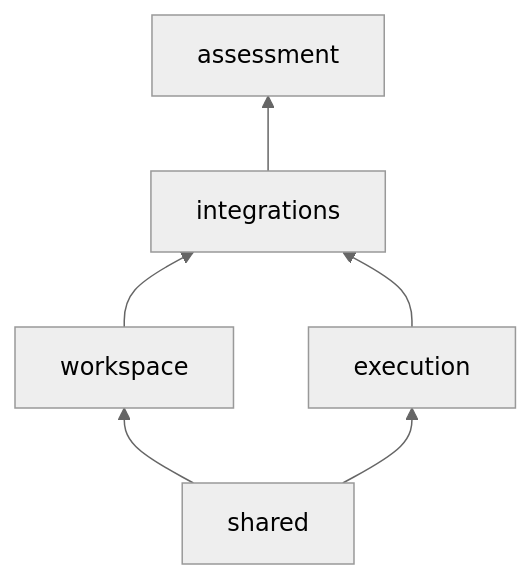
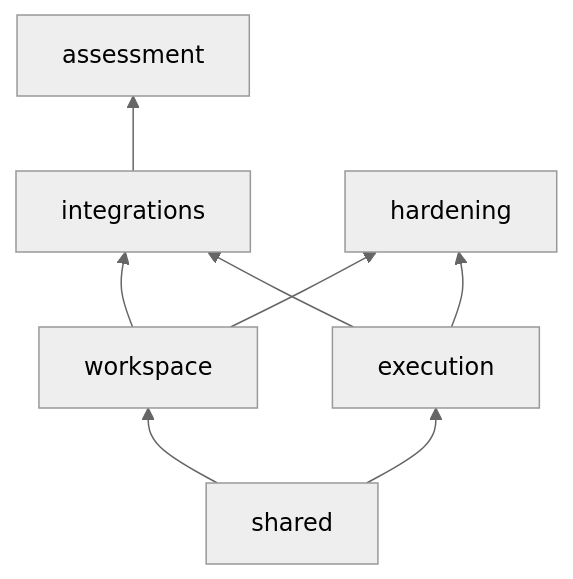
Before and after one commit to adelrodriguez/adamantite: the first of 2 diagrams in docs/architecture.md, drawn with Mermaid (neutral theme). The commit also changed other lines of this file and 17 other files, not shown here.

````diff
--- a/docs/architecture.md
+++ b/docs/architecture.md
@@ -40,8 +41,10 @@
 ```mermaid
 flowchart BT
   shared --> workspace
   shared --> execution
   workspace --> integrations
   execution --> integrations
   integrations --> assessment
+  workspace --> hardening
+  execution --> hardening
 ```
````
